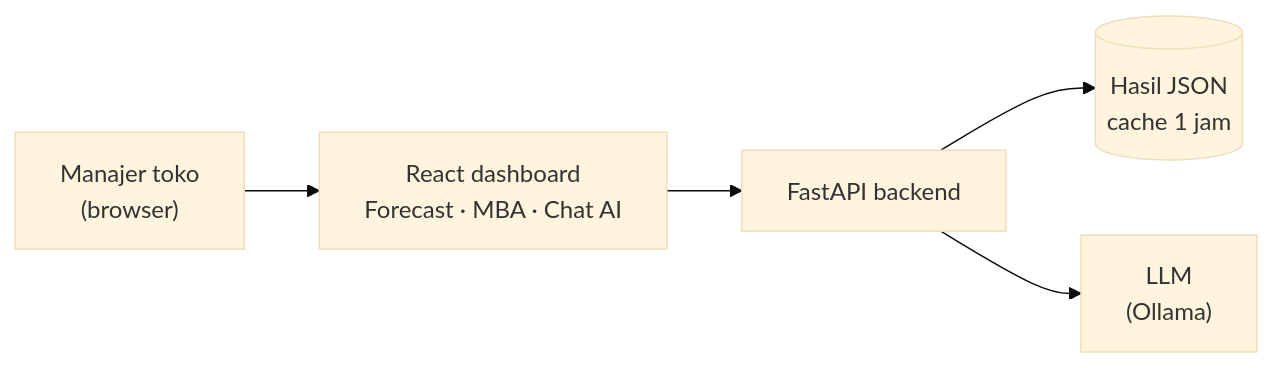
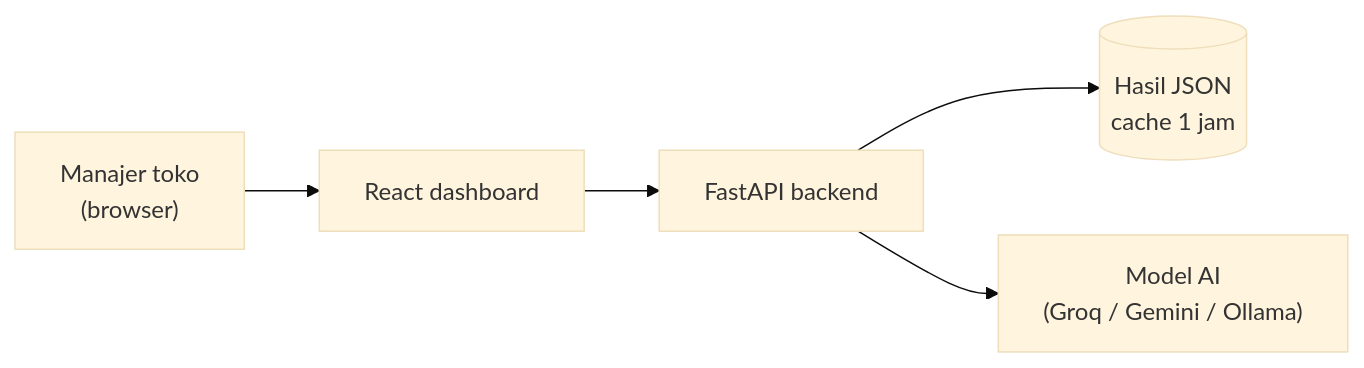
The second of 5 diagrams in README.md (rivaldimhr/retail-inventory-ai), drawn with Mermaid (base theme) before and after one commit. The commit also changed other lines of this file and 9775 other files, not shown here.

````diff
--- a/README.md
+++ b/README.md
@@ -71,7 +85,7 @@
 ```mermaid
 flowchart LR
-    U["Manajer toko<br/>(browser)"] --> R["React dashboard<br/>Forecast · MBA · Chat AI"]
+    U["Manajer toko<br/>(browser)"] --> R["React dashboard"]
     R --> API["FastAPI backend"]
     API --> J[("Hasil JSON<br/>cache 1 jam")]
-    API --> L["LLM<br/>(Ollama)"]
+    API --> L["Model AI<br/>(Groq / Gemini / Ollama)"]
 ```
````
